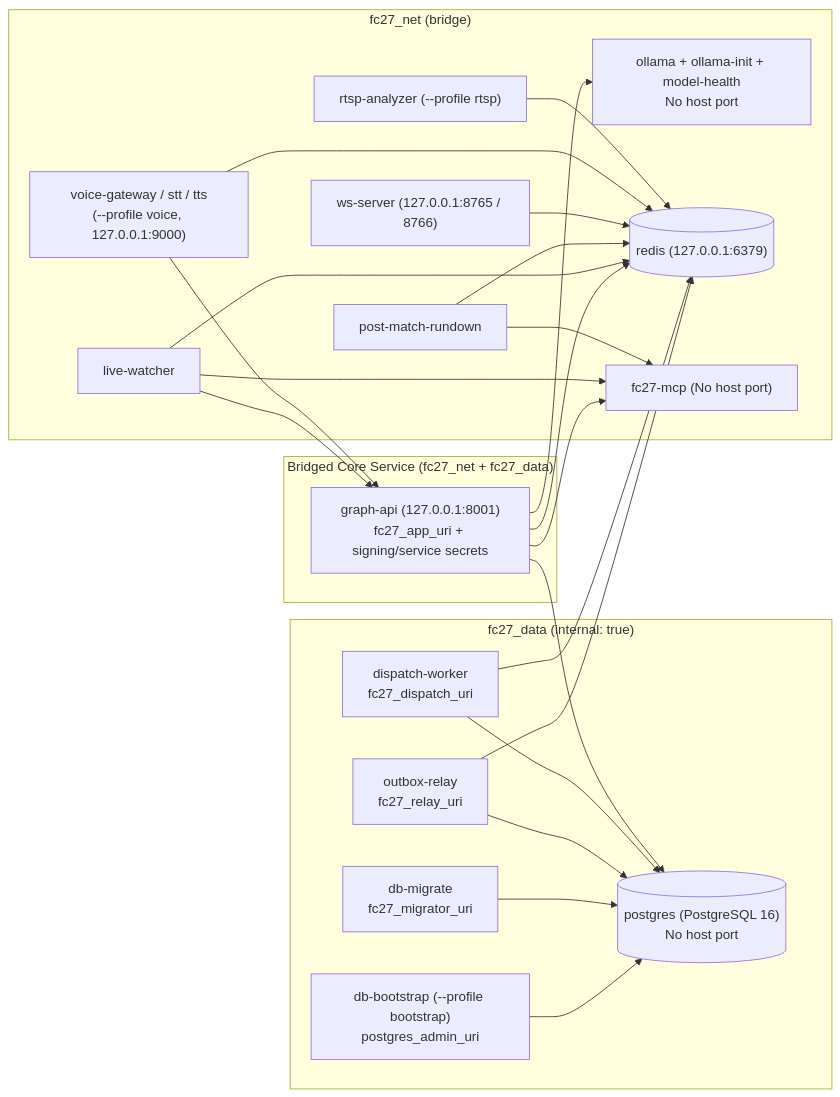
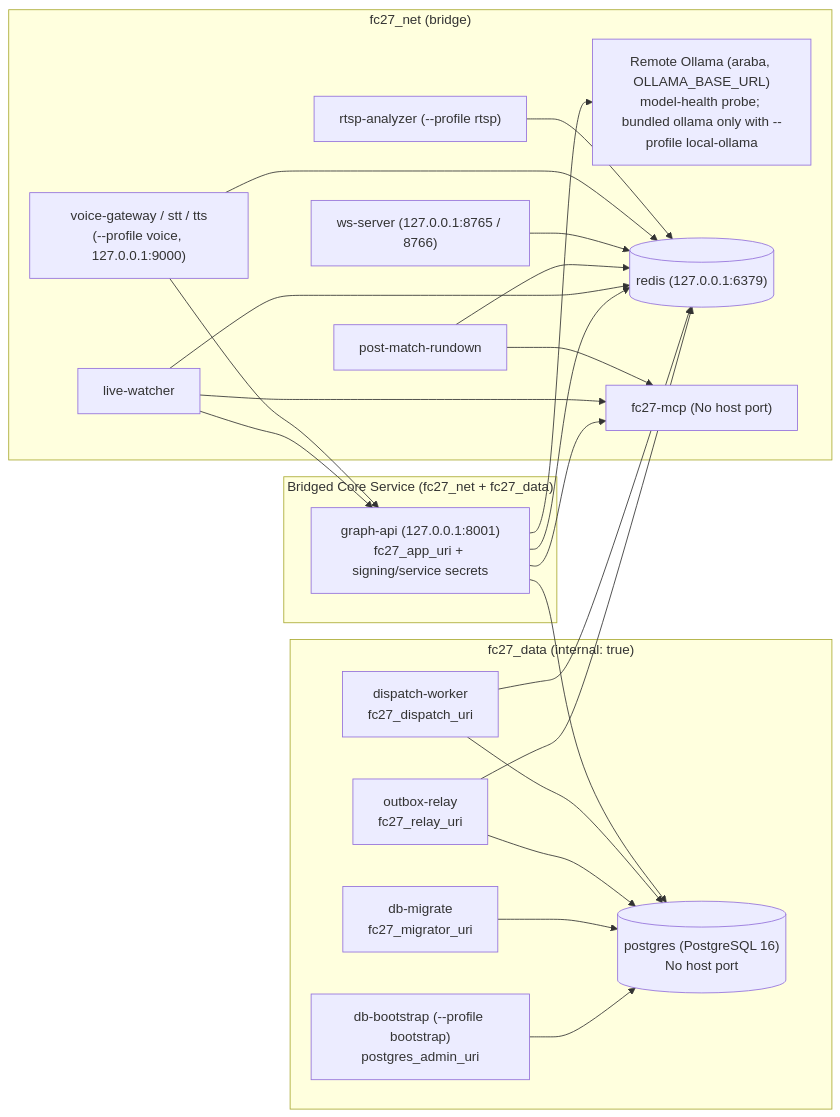
The second of 2 diagrams in docs/ARCHITECTURE.md (OjuIDC/iwa.dev.fcbuild), drawn with Mermaid before and after one commit. The commit also changed other lines of this file and 11 other files, not shown here.

First line of the commit message:
ops: use araba's Ollama by default; stop starting the local container (#67)

````diff
--- a/docs/ARCHITECTURE.md
+++ b/docs/ARCHITECTURE.md
@@ -78,45 +78,45 @@
 ```mermaid
 flowchart LR
     subgraph NetData["fc27_data (internal: true)"]
         PG[("postgres (PostgreSQL 16)\nNo host port")]
         Bootstrap["db-bootstrap (--profile bootstrap)\npostgres_admin_uri"]
         Migrate["db-migrate\nfc27_migrator_uri"]
         Relay["outbox-relay\nfc27_relay_uri"]
         Worker["dispatch-worker\nfc27_dispatch_uri"]
     end
 
     subgraph NetCore["Bridged Core Service (fc27_net + fc27_data)"]
         GraphAPI["graph-api (127.0.0.1:8001)\nfc27_app_uri + signing/service secrets"]
     end
 
     subgraph NetApp["fc27_net (bridge)"]
-        Ollama["ollama + ollama-init + model-health\nNo host port"]
+        Ollama["Remote Ollama (araba, OLLAMA_BASE_URL)\nmodel-health probe; bundled ollama only with --profile local-ollama"]
         Redis[("redis (127.0.0.1:6379)")]
         MCP["fc27-mcp (No host port)"]
         Watcher["live-watcher"]
         Rundown["post-match-rundown"]
         WS["ws-server (127.0.0.1:8765 / 8766)"]
         Voice["voice-gateway / stt / tts\n(--profile voice, 127.0.0.1:9000)"]
         RTSP["rtsp-analyzer (--profile rtsp)"]
     end
 
     Bootstrap --> PG
     Migrate --> PG
     Relay --> PG
     Relay --> Redis
     Worker --> PG
     Worker --> Redis
     GraphAPI --> PG
     GraphAPI --> Ollama
     GraphAPI --> MCP
     GraphAPI --> Redis
     Watcher --> MCP
     Watcher --> Redis
     Watcher --> GraphAPI
     Rundown --> MCP
     Rundown --> Redis
     WS --> Redis
     Voice --> GraphAPI
     Voice --> Redis
     RTSP --> Redis
 ```
````
